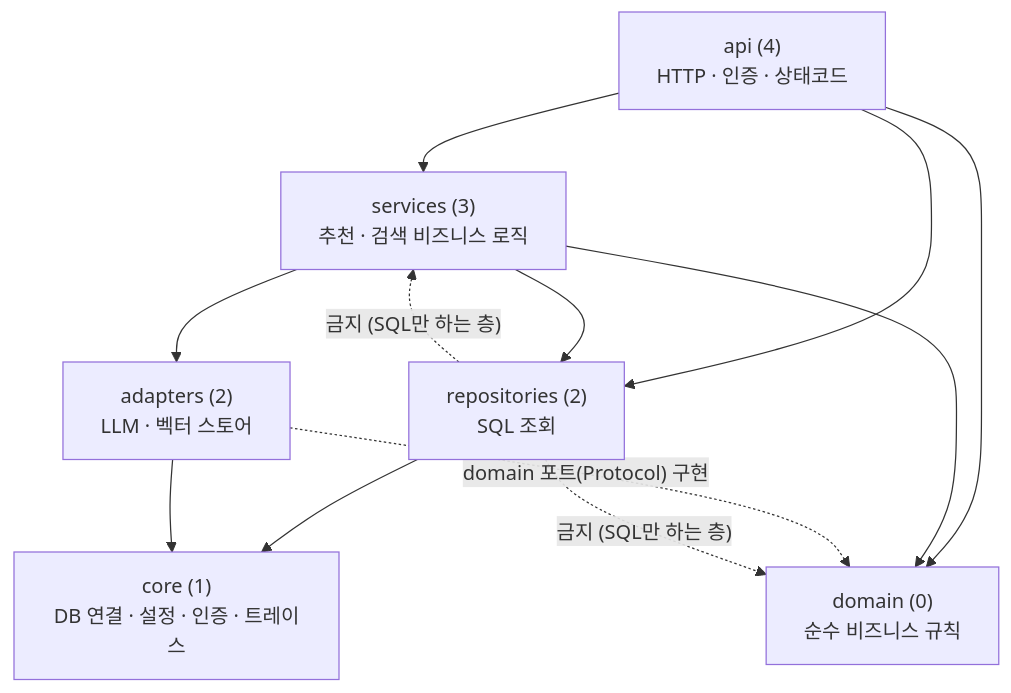
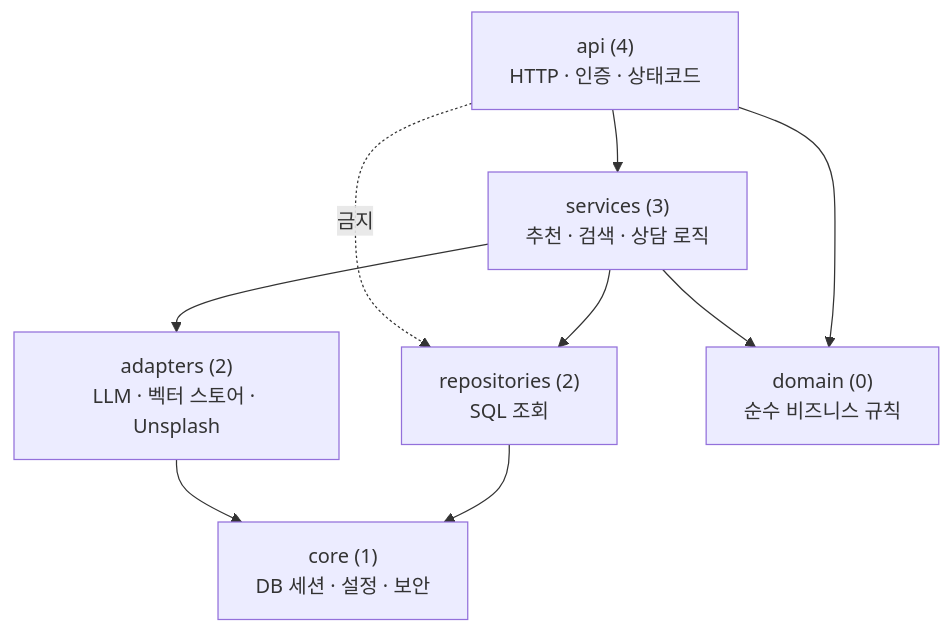
The fifth of 5 diagrams in README.md (TodayWhatDish/dev-data-embed), drawn with Mermaid before and after one commit. The commit also changed other lines of this file, not shown here.

````diff
--- a/README.md
+++ b/README.md
@@ -33,22 +177,19 @@
 ```mermaid
 flowchart TB
     api["api (4)<br/>HTTP · 인증 · 상태코드"]
-    services["services (3)<br/>추천 · 검색 비즈니스 로직"]
+    services["services (3)<br/>추천 · 검색 · 상담 로직"]
     repo["repositories (2)<br/>SQL 조회"]
-    adapters["adapters (2)<br/>LLM · 벡터 스토어"]
-    core["core (1)<br/>DB 연결 · 설정 · 인증 · 트레이스"]
+    adapters["adapters (2)<br/>LLM · 벡터 스토어 · Unsplash"]
+    core["core (1)<br/>DB 세션 · 설정 · 보안"]
     domain["domain (0)<br/>순수 비즈니스 규칙"]
 
     api --> services
-    api --> repo
     api --> domain
     services --> repo
     services --> adapters
     services --> domain
     repo --> core
     adapters --> core
-    adapters -.->|"domain 포트(Protocol) 구현"| domain
 
-    repo -.->|"금지 (SQL만 하는 층)"| domain
-    repo -.->|"금지 (SQL만 하는 층)"| services
+    api -.->|"금지"| repo
 ```
````
